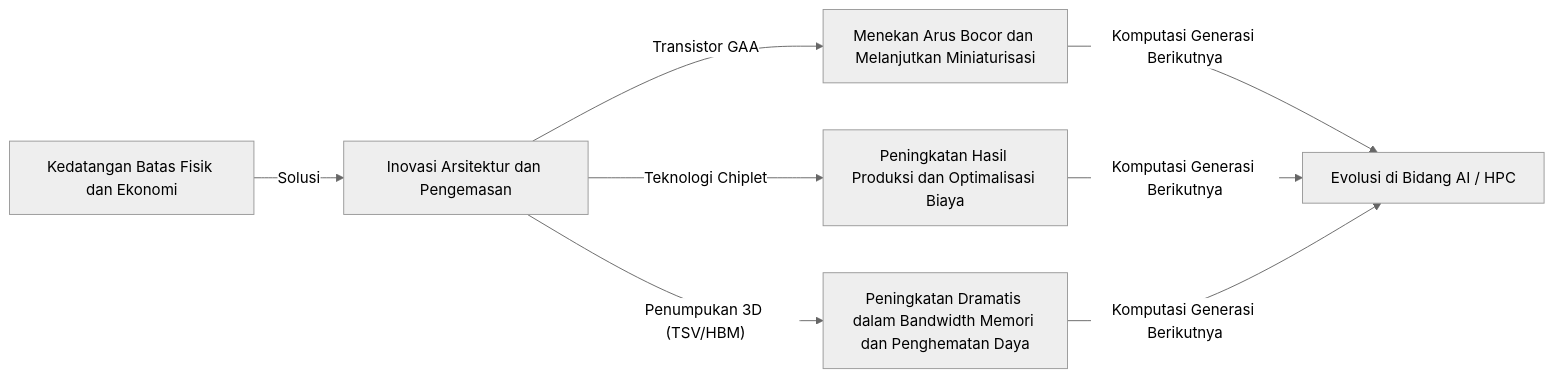
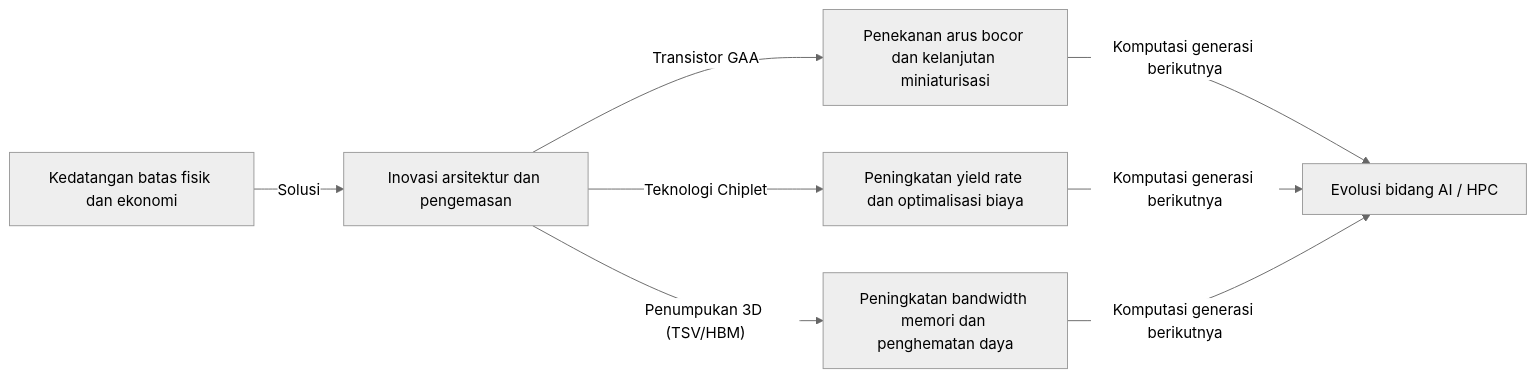
The second of 2 diagrams in content/post/business-moores-law/index.id.md (kenjinote/blog), drawn with Mermaid (neutral theme) before and after one commit. The commit also changed other lines of this file and 40 other files, not shown here.

````diff
--- a/content/post/business-moores-law/index.id.md
+++ b/content/post/business-moores-law/index.id.md
@@ -111,10 +111,10 @@
 ```mermaid
 graph LR
-    A["Kedatangan Batas Fisik dan Ekonomi"] -- "Solusi" --> B["Inovasi Arsitektur dan Pengemasan"]
-    B -- "Transistor GAA" --> C["Menekan Arus Bocor dan Melanjutkan Miniaturisasi"]
-    B -- "Teknologi Chiplet" --> D["Peningkatan Hasil Produksi dan Optimalisasi Biaya"]
-    B -- "Penumpukan 3D (TSV/HBM)" --> E["Peningkatan Dramatis dalam Bandwidth Memori dan Penghematan Daya"]
-    C -- "Komputasi Generasi Berikutnya" --> F["Evolusi di Bidang AI / HPC"]
-    D -- "Komputasi Generasi Berikutnya" --> F
-    E -- "Komputasi Generasi Berikutnya" --> F
+    A["Kedatangan batas fisik dan ekonomi"] -- "Solusi" --> B["Inovasi arsitektur dan pengemasan"]
+    B -- "Transistor GAA" --> C["Penekanan arus bocor dan kelanjutan miniaturisasi"]
+    B -- "Teknologi Chiplet" --> D["Peningkatan yield rate dan optimalisasi biaya"]
+    B -- "Penumpukan 3D (TSV/HBM)" --> E["Peningkatan bandwidth memori dan penghematan daya"]
+    C -- "Komputasi generasi berikutnya" --> F["Evolusi bidang AI / HPC"]
+    D -- "Komputasi generasi berikutnya" --> F
+    E -- "Komputasi generasi berikutnya" --> F
 ```
````
